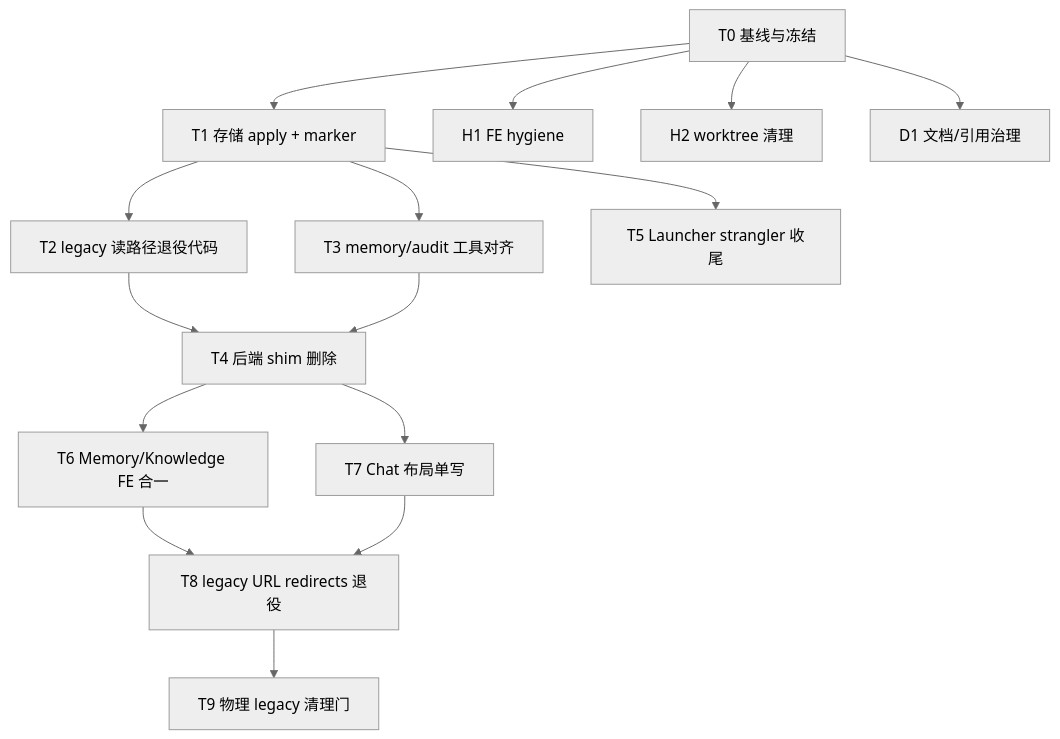
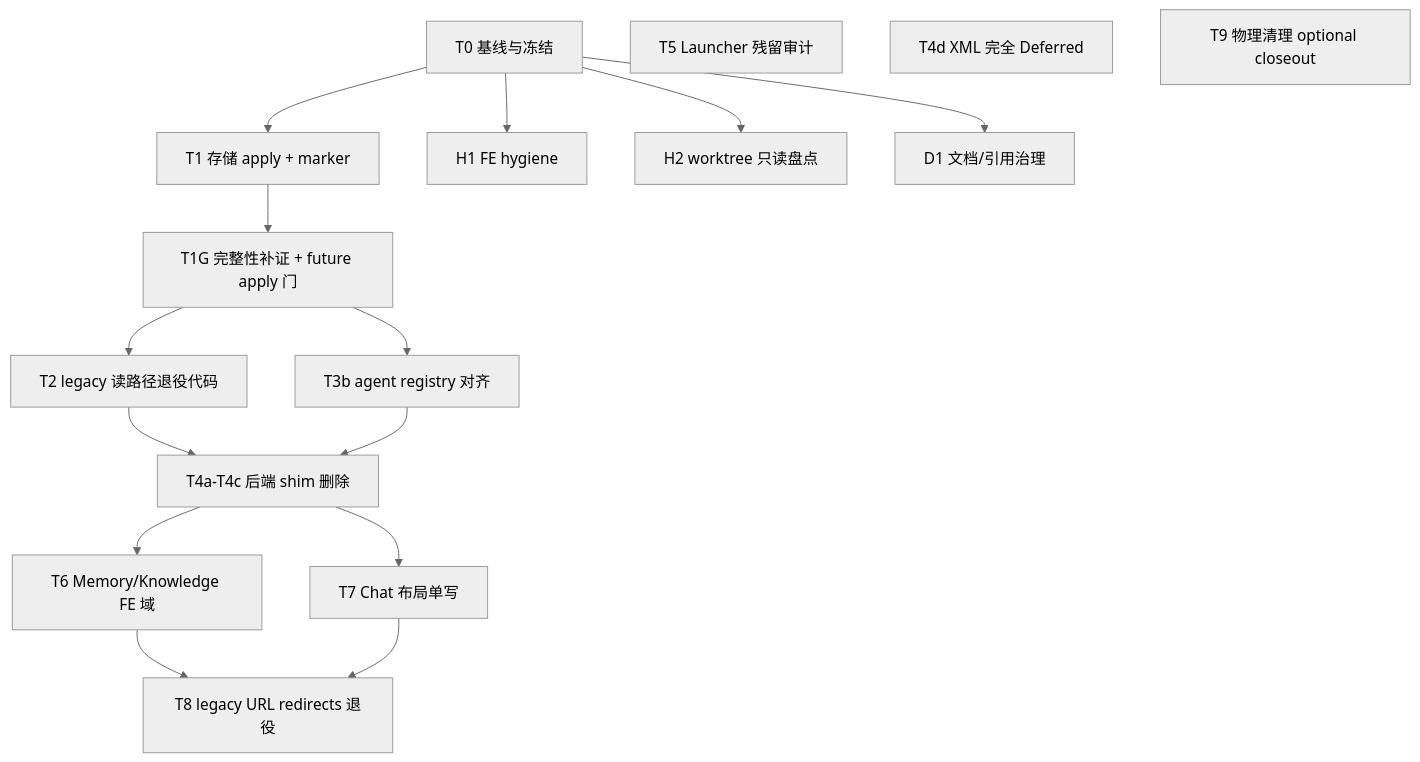
Before and after one commit to CCDawn/Vibelution: the diagram in docs/plans/2026-08-16-compat-ssot-closeout-plan.md, drawn with Mermaid (neutral theme). The commit also changed other lines of this file, not shown here.

Commit message:
docs(plans): harden compat SSOT closeout

````diff
--- a/docs/plans/2026-08-16-compat-ssot-closeout-plan.md
+++ b/docs/plans/2026-08-16-compat-ssot-closeout-plan.md
@@ -97,17 +105,19 @@
 ```mermaid
 flowchart TB
   T0[T0 基线与冻结] --> T1[T1 存储 apply + marker]
-  T1 --> T2[T2 legacy 读路径退役代码]
-  T1 --> T3[T3 memory/audit 工具对齐]
-  T2 --> T4[T4 后端 shim 删除]
-  T3 --> T4
+  T1 --> T1G[T1G 完整性补证 + future apply 门]
+  T1G --> T2[T2 legacy 读路径退役代码]
+  T1G --> T3b[T3b agent registry 对齐]
+  T2 --> T4[T4a-T4c 后端 shim 删除]
+  T3b --> T4
   T0 --> H1[H1 FE hygiene]
-  T0 --> H2[H2 worktree 清理]
-  T1 --> T5[T5 Launcher strangler 收尾]
-  T4 --> T6[T6 Memory/Knowledge FE 合一]
+  T0 --> H2[H2 worktree 只读盘点]
+  T0 --> D1[D1 文档/引用治理]
+  T4 --> T6[T6 Memory/Knowledge FE 域]
   T4 --> T7[T7 Chat 布局单写]
   T6 --> T8[T8 legacy URL redirects 退役]
   T7 --> T8
-  T8 --> T9[T9 物理 legacy 清理门]
-  T0 --> D1[D1 文档/引用治理]
+  T5[T5 Launcher 残留审计]
+  T4d[T4d XML 完全 Deferred]
+  T9[T9 物理清理 optional closeout]
 ```
````
